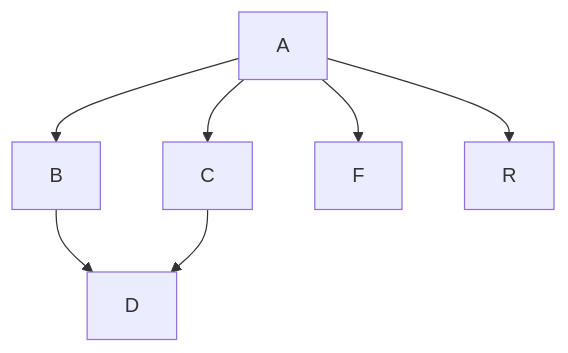
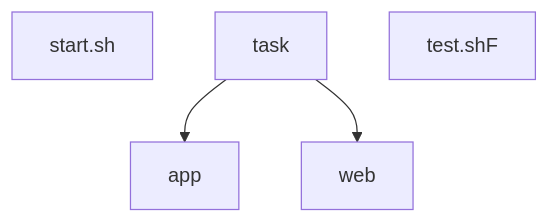
Before and after one commit to 102vosit/task: the diagram in README.md, drawn with Mermaid.

````diff
--- a/README.md
+++ b/README.md
@@ -29,9 +29,7 @@
 ```mermaid
 graph TD;
-    A-->B;
-    A-->C;
-    A-->F;
-    A-->R;
-    B-->D;
-    C-->D;
+    start.sh;
+    task-->app;
+    task-->web;
+    test.shF;
 ```
````
